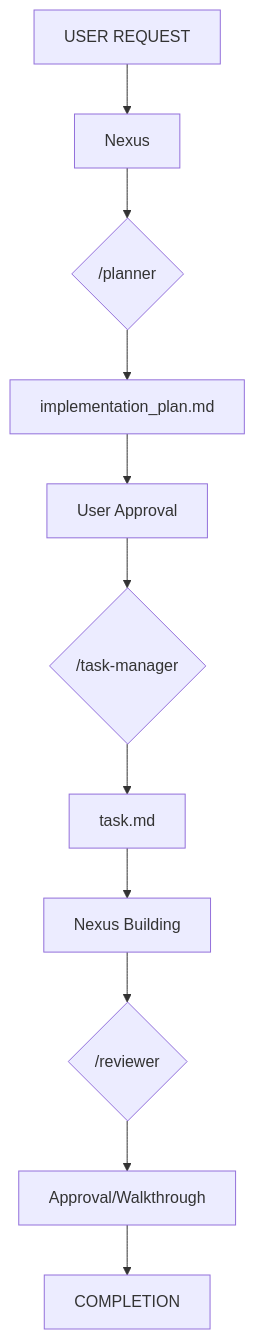
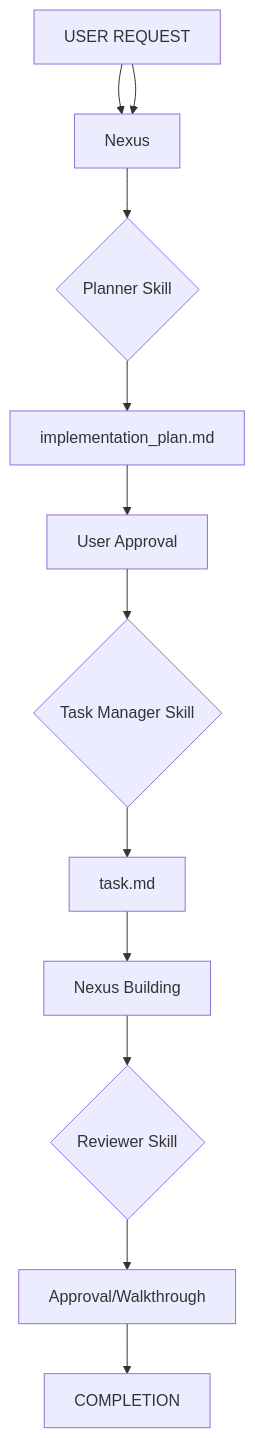
One commit to joaopdmota/antigravity-setup changed the first of 2 diagrams in README.md. Above: the diagram before and after it, drawn with Mermaid. The commit also changed other lines of this file and 27 other files, not shown here.

````diff
--- a/README.md
+++ b/README.md
@@ -24,13 +24,14 @@
 ```mermaid
 graph TD
     A[USER REQUEST] --> B[Nexus]
-    B --> C{/planner}
+    A[USER REQUEST] --> B[Nexus]
+    B --> C{Planner Skill}
     C --> D[implementation_plan.md]
     D --> E[User Approval]
-    E --> F{/task-manager}
+    E --> F{Task Manager Skill}
     F --> G[task.md]
     G --> H[Nexus Building]
-    H --> I{/reviewer}
+    H --> I{Reviewer Skill}
     I --> J[Approval/Walkthrough]
     J --> K[COMPLETION]
 ```
````
